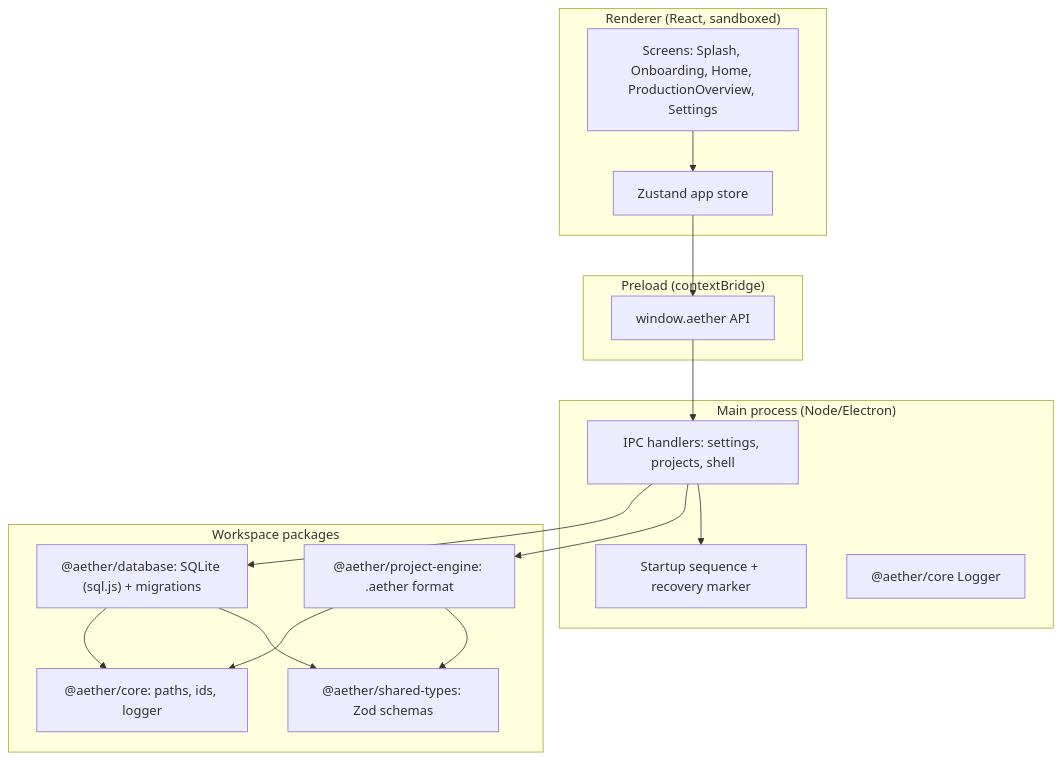
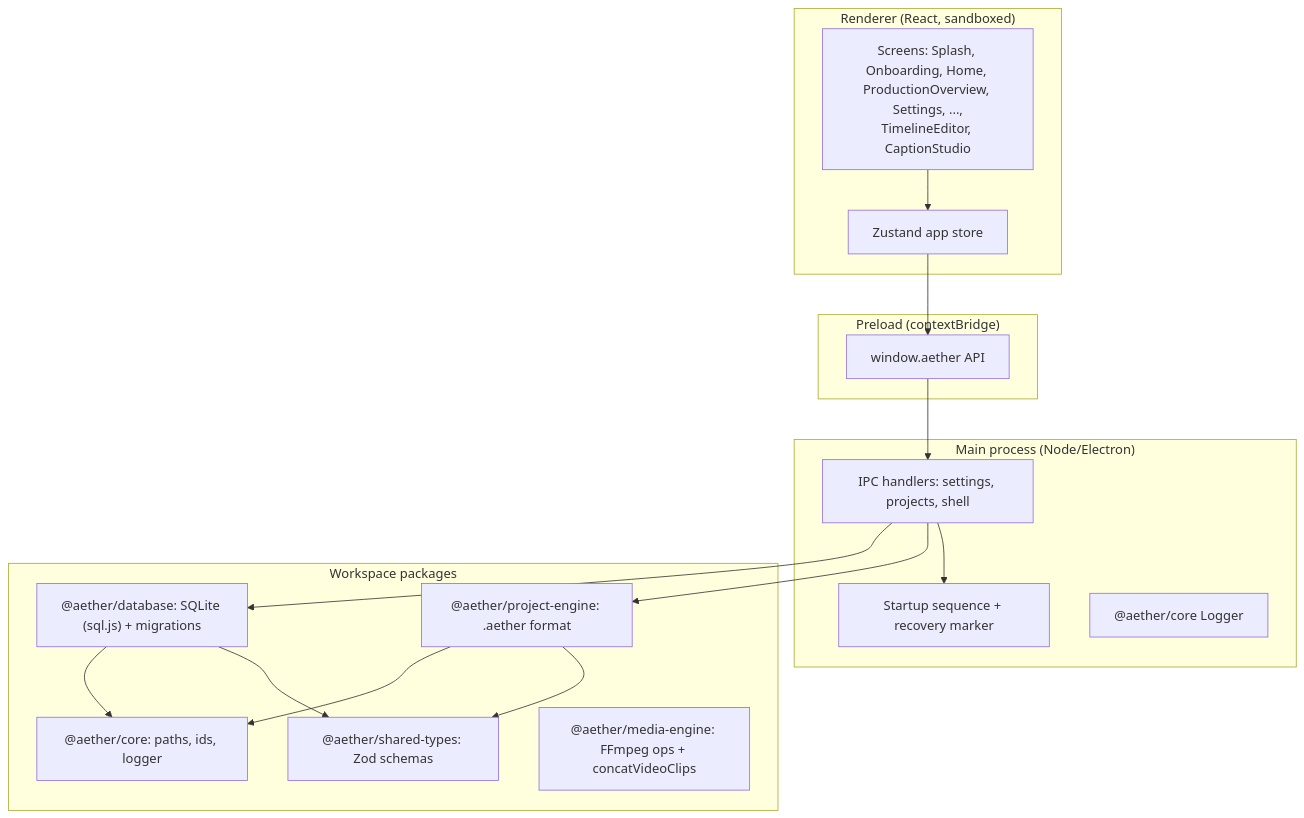
One commit to Get-Blitzed/Aether-Studio changed the diagram in ARCHITECTURE.md. Above: the diagram before and after it, drawn with Mermaid. The commit also changed other lines of this file and 25 other files, not shown here.

First line of the commit message:
Phase 5: Timeline editor, overlays, and captions

````diff
--- a/ARCHITECTURE.md
+++ b/ARCHITECTURE.md
@@ -5,33 +5,35 @@
 ```mermaid
 flowchart TB
     subgraph Renderer["Renderer (React, sandboxed)"]
-        UI[Screens: Splash, Onboarding, Home, ProductionOverview, Settings]
+        UI[Screens: Splash, Onboarding, Home, ProductionOverview, Settings, ...,
+TimelineEditor, CaptionStudio]
         Store[Zustand app store]
     end
 
     subgraph Preload["Preload (contextBridge)"]
         Bridge["window.aether API"]
     end
 
     subgraph Main["Main process (Node/Electron)"]
         IPC[IPC handlers: settings, projects, shell]
         Startup[Startup sequence + recovery marker]
         Logger["@aether/core Logger"]
     end
 
     subgraph Packages["Workspace packages"]
         Core["@aether/core: paths, ids, logger"]
         Types["@aether/shared-types: Zod schemas"]
         DB["@aether/database: SQLite (sql.js) + migrations"]
         Engine["@aether/project-engine: .aether format"]
+        Media["@aether/media-engine: FFmpeg ops + concatVideoClips"]
     end
 
     UI --> Store --> Bridge --> IPC
     IPC --> DB
     IPC --> Engine
     IPC --> Startup
     DB --> Core
     Engine --> Core
     Engine --> Types
     DB --> Types
 ```
````
